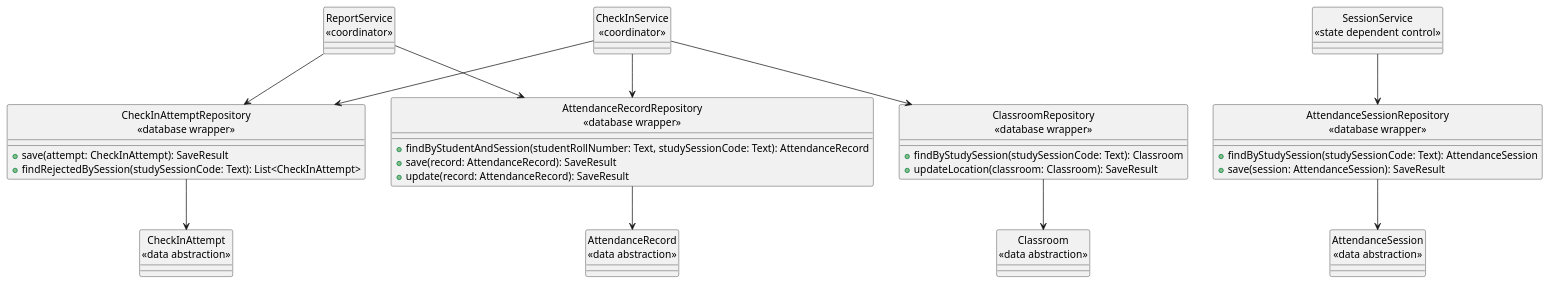
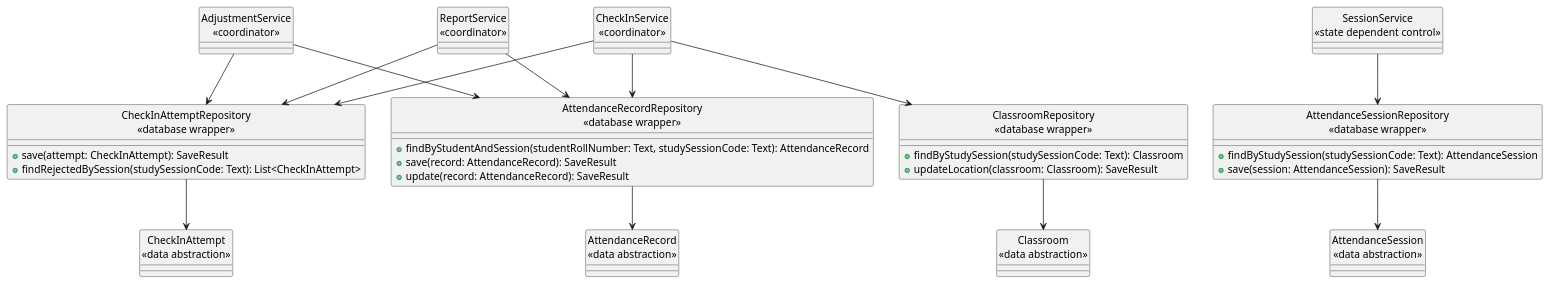
The seventh of 7 diagrams in docs/sds/3_Design.md (nttung42/SWD392), drawn with PlantUML before and after one commit. The commit also changed other lines of this file and 5 other files, not shown here.

````diff
--- a/docs/sds/3_Design.md
+++ b/docs/sds/3_Design.md
@@ -892,46 +896,48 @@
 ```plantuml
 @startuml
 skinparam style strictuml
 
 class "CheckInService\n«coordinator»" as CheckInService
 class "SessionService\n«state dependent control»" as SessionService
 class "ReportService\n«coordinator»" as ReportService
+class "AdjustmentService\n«coordinator»" as AdjustmentService
 
 class "AttendanceRecord\n«data abstraction»" as AttendanceRecord
 class "CheckInAttempt\n«data abstraction»" as CheckInAttempt
 class "AttendanceSession\n«data abstraction»" as AttendanceSession
 class "Classroom\n«data abstraction»" as Classroom
-
 class "AttendanceRecordRepository\n«database wrapper»" as AttendanceRecordRepo {
   +findByStudentAndSession(studentRollNumber: Text, studySessionCode: Text): AttendanceRecord
   +save(record: AttendanceRecord): SaveResult
   +update(record: AttendanceRecord): SaveResult
 }
 
 class "CheckInAttemptRepository\n«database wrapper»" as AttemptRepo {
   +save(attempt: CheckInAttempt): SaveResult
   +findRejectedBySession(studySessionCode: Text): List<CheckInAttempt>
 }
 
 class "AttendanceSessionRepository\n«database wrapper»" as SessionRepo {
   +findByStudySession(studySessionCode: Text): AttendanceSession
   +save(session: AttendanceSession): SaveResult
 }
 
 class "ClassroomRepository\n«database wrapper»" as ClassroomRepo {
   +findByStudySession(studySessionCode: Text): Classroom
   +updateLocation(classroom: Classroom): SaveResult
 }
 
 CheckInService --> AttendanceRecordRepo
 CheckInService --> AttemptRepo
 CheckInService --> ClassroomRepo
 SessionService --> SessionRepo
 ReportService --> AttendanceRecordRepo
 ReportService --> AttemptRepo
+AdjustmentService --> AttendanceRecordRepo
+AdjustmentService --> AttemptRepo
 AttendanceRecordRepo --> AttendanceRecord
 AttemptRepo --> CheckInAttempt
 SessionRepo --> AttendanceSession
 ClassroomRepo --> Classroom
 @enduml
 ```
````
